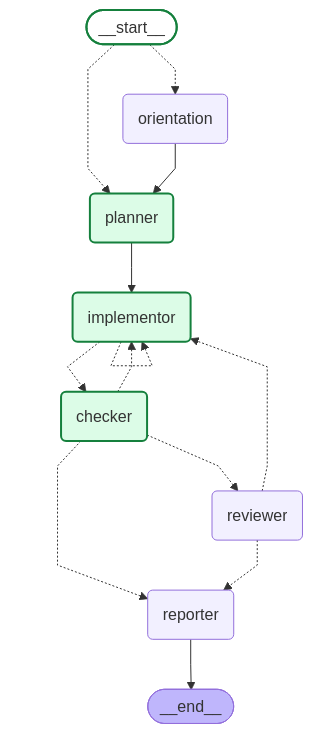
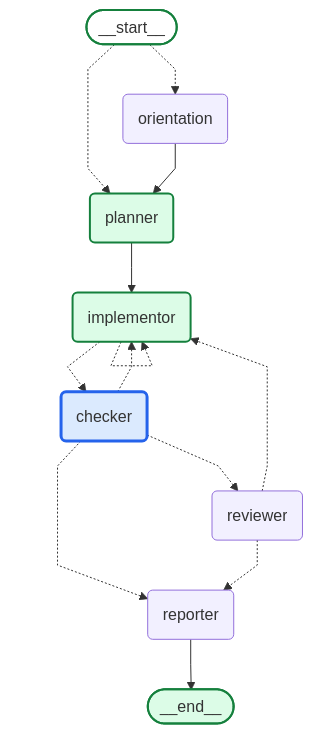
Before and after one commit to daniell0gda/hermes-feature-check-dashboard: the diagram in runs/20260809-182956-b5bbc3/graph.mmd, drawn with Mermaid. The commit also changed 13 other files, not shown here.

```diff
--- a/runs/20260809-182956-b5bbc3/graph.mmd
+++ b/runs/20260809-182956-b5bbc3/graph.mmd
@@ -1,37 +1,38 @@
 ---
 config:
   flowchart:
     curve: linear
 ---
 graph TD;
 	__start__([<p>__start__</p>]):::first
 	orientation(orientation)
 	planner(planner)
 	implementor(implementor)
 	checker(checker)
 	reviewer(reviewer)
 	reporter(reporter)
 	__end__([<p>__end__</p>]):::last
 	__start__ -.-> orientation;
 	__start__ -.-> planner;
 	checker -.-> implementor;
 	checker -.-> reporter;
 	checker -.-> reviewer;
 	implementor -.-> checker;
 	orientation --> planner;
 	planner --> implementor;
 	reviewer -.-> implementor;
 	reviewer -.-> reporter;
 	reporter --> __end__;
 	implementor -.-> implementor;
 	classDef default fill:#f2f0ff,line-height:1.2
 	classDef first fill-opacity:0
 	classDef last fill:#bfb6fc
 
 classDef done fill:#dcfce7,stroke:#15803d,stroke-width:2px;
 classDef active fill:#dbeafe,stroke:#2563eb,stroke-width:3px;
 classDef failed fill:#fee2e2,stroke:#b42318,stroke-width:2px;
 class implementor done;
 class planner done;
-class checker done;
+class checker active;
 class __start__ done;
+class __end__ done;
```
